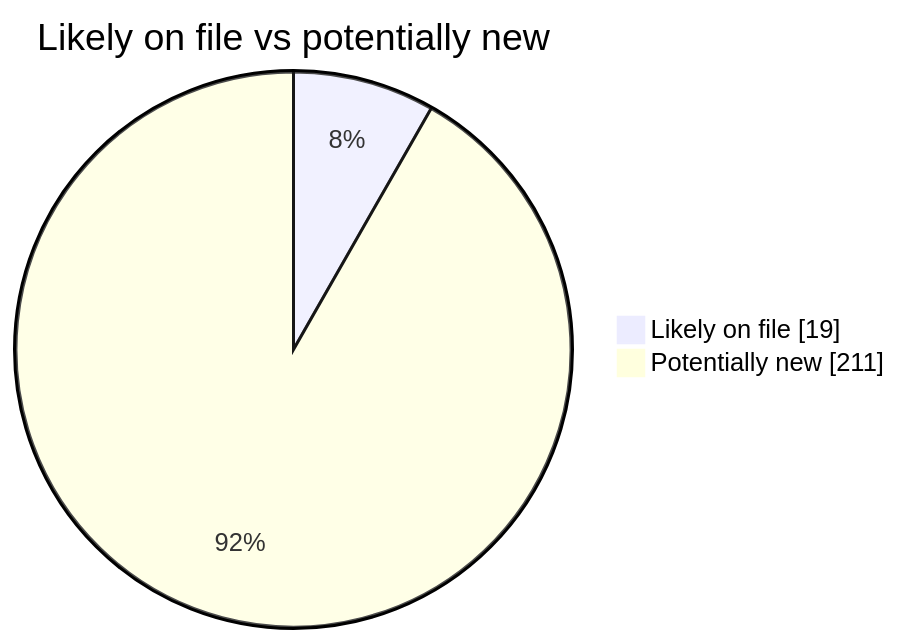
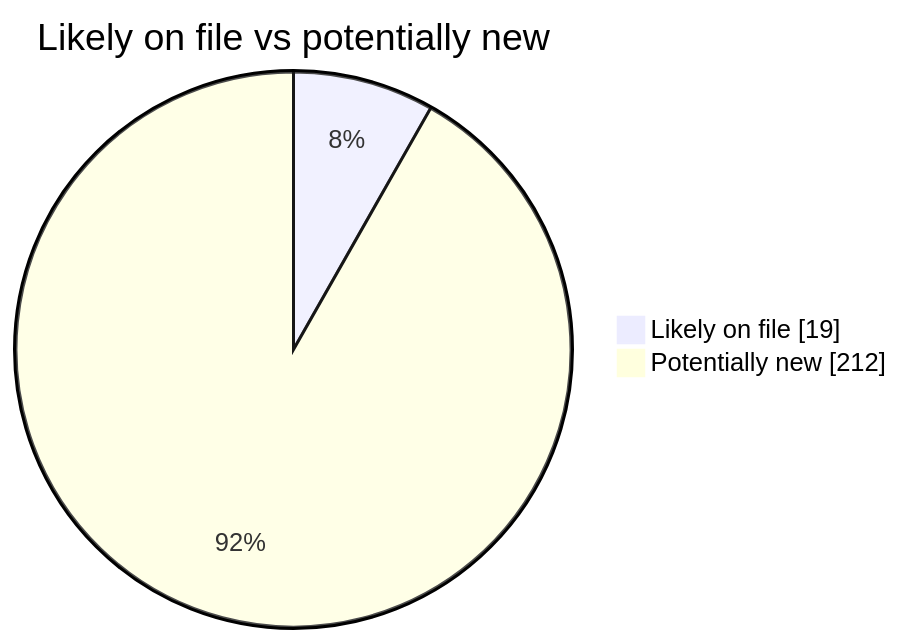
One commit to martinbalfanz/social-scanner-reports changed the second of 4 diagrams in README.md. Above: the diagram before and after it, drawn with Mermaid. The commit also changed other lines of this file and 2 other files, not shown here.

````diff
--- a/README.md
+++ b/README.md
@@ -40,5 +40,5 @@
 ```mermaid
 pie showData title Likely on file vs potentially new
     "Likely on file" : 19
-    "Potentially new" : 211
+    "Potentially new" : 212
 ```
````
